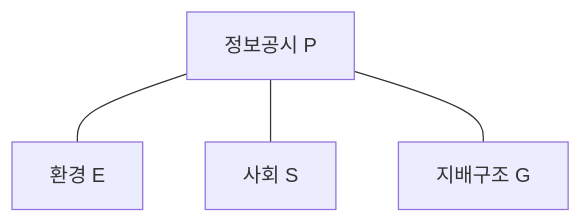
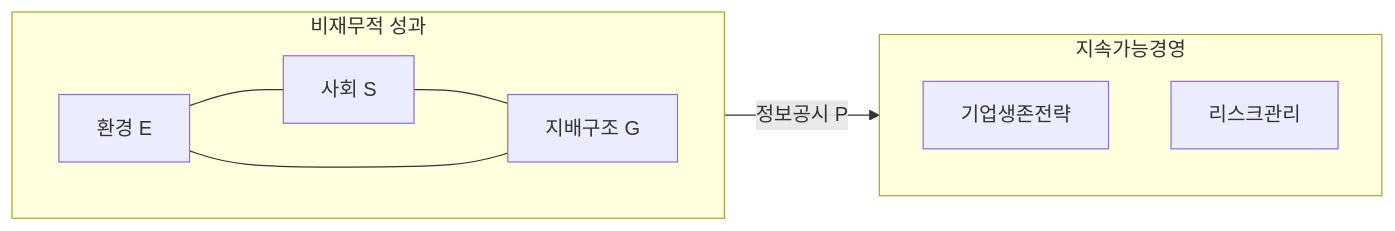
The diagram in blog/pe/mng/esg.md (gracefullight/gracefullight.github.io), drawn with Mermaid before and after one commit. The commit also changed other lines of this file, not shown here.

Commit message:
docs(pe): 📚️ esg

````diff
--- a/blog/pe/mng/esg.md
+++ b/blog/pe/mng/esg.md
@@ -20,7 +20,17 @@
 ```mermaid
-graph TB
-  정보공시[정보공시 P]
-  정보공시 --- 환경[환경 E]
-  정보공시 --- 사회[사회 S]
-  정보공시 --- 지배구조[지배구조 G]
+graph LR
+ subgraph 비재무적성과[비재무적 성과]
+   direction LR
+   환경[환경 E]
+   사회[사회 S]
+   지배구조[지배구조 G]
+   환경 --- 사회 --- 지배구조 --- 환경
+  end
+
+  비재무적성과 --> |정보공시 P| 지속가능경영
+
+  subgraph 지속가능경영
+    기업생존전략
+    리스크관리
+  end
 ```
````
